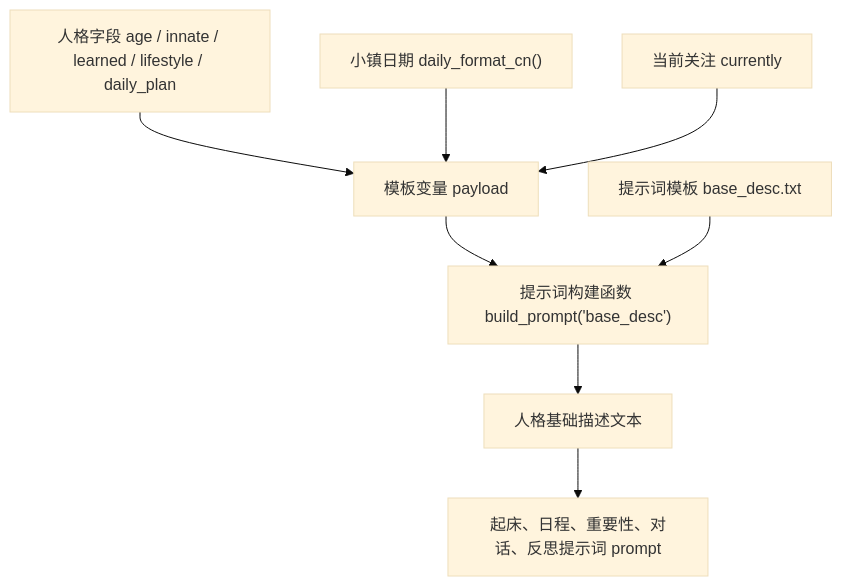
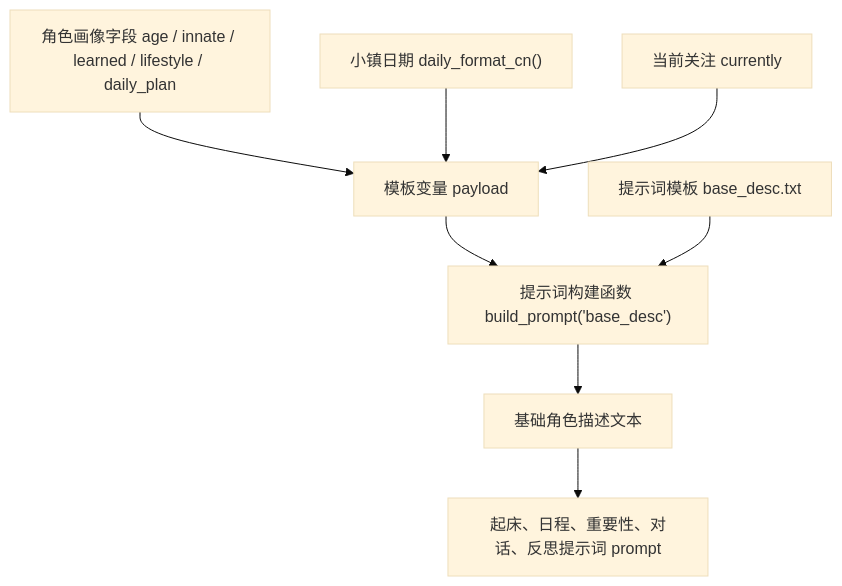
One commit to tbkken/GenerativeAgentsCN changed the fifth of 15 diagrams in docs/book/manuscript/part_03/chapter_15.md. Above: the diagram before and after it, drawn with Mermaid (base theme). The commit also changed other lines of this file and 51 other files, not shown here.

````diff
--- a/docs/book/manuscript/part_03/chapter_15.md
+++ b/docs/book/manuscript/part_03/chapter_15.md
@@ -369,10 +369,10 @@
 ```mermaid
 flowchart TD
-    Fields["人格字段 age / innate / learned / lifestyle / daily_plan"] --> Payload["模板变量 payload"]
+    Fields["角色画像字段 age / innate / learned / lifestyle / daily_plan"] --> Payload["模板变量 payload"]
     Date["小镇日期 daily_format_cn()"] --> Payload
     Current["当前关注 currently"] --> Payload
     Payload --> Builder["提示词构建函数 build_prompt('base_desc')"]
     Template["提示词模板 base_desc.txt"] --> Builder
-    Builder --> Text["人格基础描述文本"]
+    Builder --> Text["基础角色描述文本"]
     Text --> Downstream["起床、日程、重要性、对话、反思提示词 prompt"]
 ```
````
